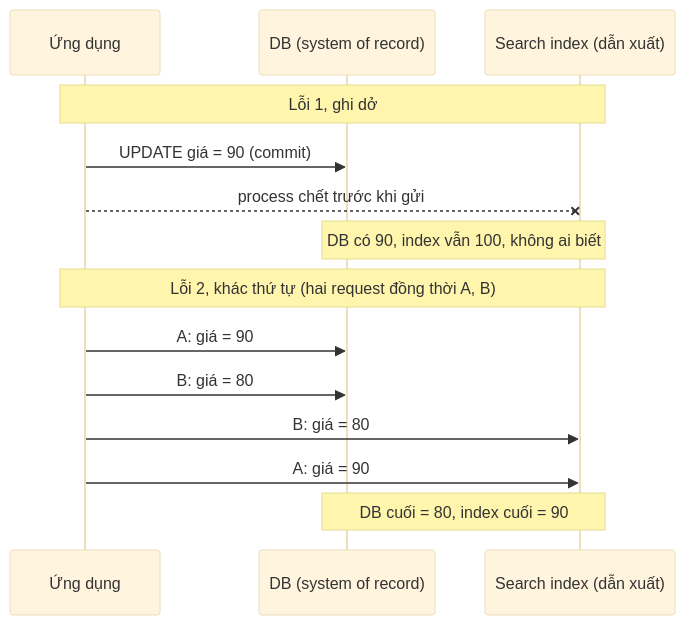
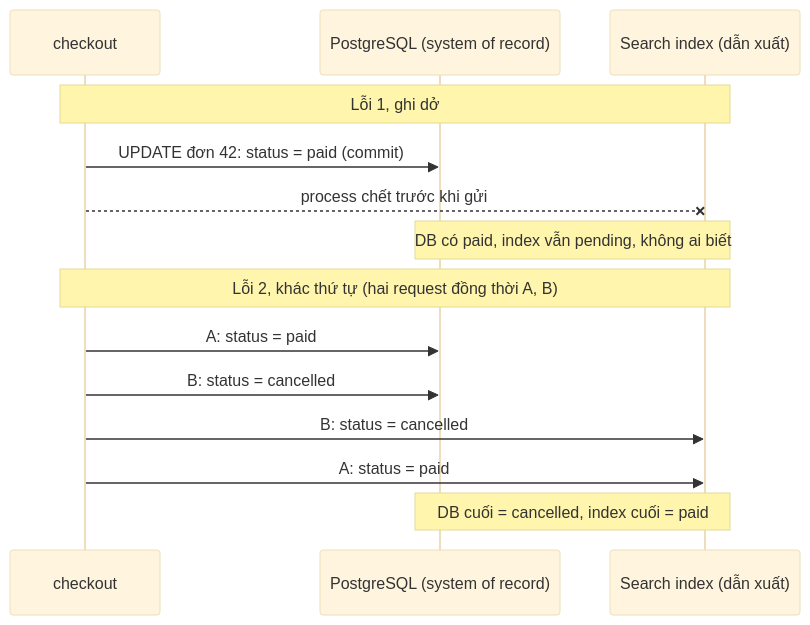
The first of 5 diagrams in docs/12-he-thong-du-lieu/12-dung-dan-va-tich-hop-du-lieu.md (pirumu/irust), drawn with Mermaid (base theme) before and after one commit. The commit also changed other lines of this file and 27 other files, not shown here.

````diff
--- a/docs/12-he-thong-du-lieu/12-dung-dan-va-tich-hop-du-lieu.md
+++ b/docs/12-he-thong-du-lieu/12-dung-dan-va-tich-hop-du-lieu.md
@@ -43,16 +53,16 @@
 ```mermaid
 sequenceDiagram
-  participant App as Ứng dụng
-  participant DB as DB (system of record)
+  participant App as checkout
+  participant DB as PostgreSQL (system of record)
   participant ES as Search index (dẫn xuất)
   Note over App,ES: Lỗi 1, ghi dở
-  App->>DB: UPDATE giá = 90 (commit)
+  App->>DB: UPDATE đơn 42: status = paid (commit)
   App--xES: process chết trước khi gửi
-  Note over DB,ES: DB có 90, index vẫn 100, không ai biết
+  Note over DB,ES: DB có paid, index vẫn pending, không ai biết
   Note over App,ES: Lỗi 2, khác thứ tự (hai request đồng thời A, B)
-  App->>DB: A: giá = 90
-  App->>DB: B: giá = 80
-  App->>ES: B: giá = 80
-  App->>ES: A: giá = 90
-  Note over DB,ES: DB cuối = 80, index cuối = 90
+  App->>DB: A: status = paid
+  App->>DB: B: status = cancelled
+  App->>ES: B: status = cancelled
+  App->>ES: A: status = paid
+  Note over DB,ES: DB cuối = cancelled, index cuối = paid
 ```
````
